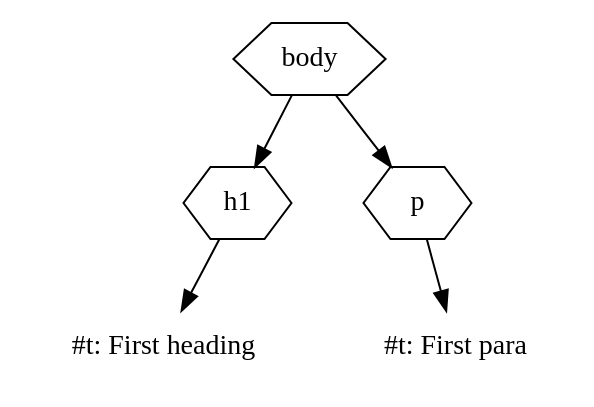
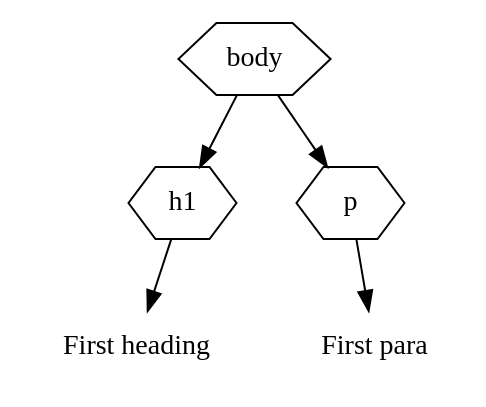
One commit to nikclayton/web-courseware changed diagram 15 of 18 in courseware/week2/day1.org. Above: the diagram before and after it, drawn with Graphviz. The commit also changed other lines of this file and 53 other files, not shown here.

```diff
--- a/courseware/week2/day1.org
+++ b/courseware/week2/day1.org
@@ -2876,12 +3060,12 @@
 #+BEGIN_SRC dot :file dom-add-para-1.svg :cmdline -Tsvg -Gstylesheet=../graphviz.css
 digraph G {
   node [shape="hexagon"];
   body -> h1;
   h1 -> h1_content;
-  h1_content [label="#t: First heading" shape="none"];
+  h1_content [label="First heading" shape="none"];
 
   body -> p;
   p -> p1_content;
-  p1_content [label="#t: First para" shape="none"];
+  p1_content [label="First para" shape="none"];
 }
 #+END_SRC
```
